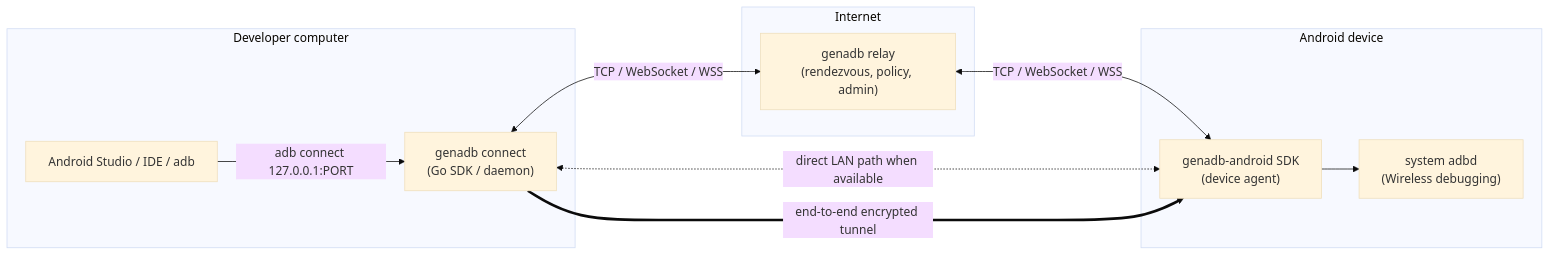
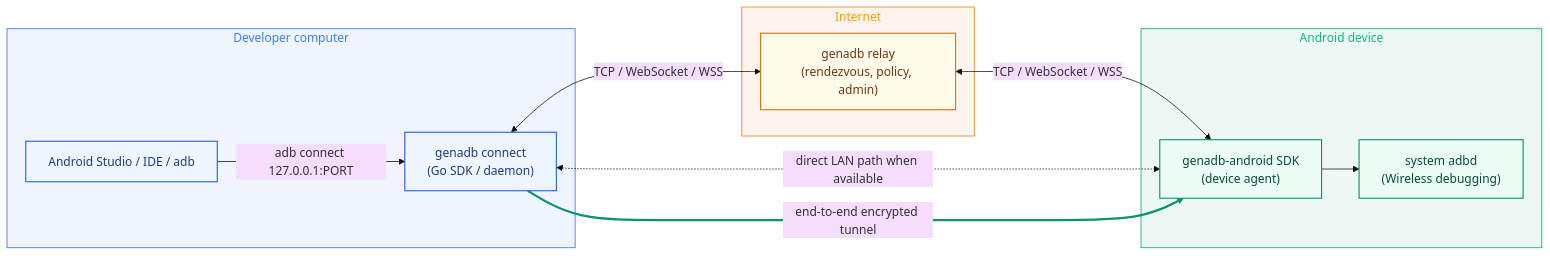
One commit to SumukhaK/New-GenADB changed the first of 3 diagrams in README.md. Above: the diagram before and after it, drawn with Mermaid (base theme). The commit also changed other lines of this file and 2 other files, not shown here.

First line of the commit message:
Add project logo, banner and badges; color the README diagrams (#9)

````diff
--- a/README.md
+++ b/README.md
@@ -34,16 +45,27 @@
 ```mermaid
 flowchart LR
     subgraph Dev["Developer computer"]
         IDE["Android Studio / IDE / adb"] -->|"adb connect 127.0.0.1:PORT"| CA["genadb connect<br/>(Go SDK / daemon)"]
     end
     subgraph Net["Internet"]
         R["genadb relay<br/>(rendezvous, policy, admin)"]
     end
     subgraph Phone["Android device"]
         DA["genadb-android SDK<br/>(device agent)"] --> ADBD["system adbd<br/>(Wireless debugging)"]
     end
     CA <-->|"TCP / WebSocket / WSS"| R
     R <-->|"TCP / WebSocket / WSS"| DA
     CA <-.->|"direct LAN path when available"| DA
     CA ==>|"end-to-end encrypted tunnel"| DA
+
+    classDef dev fill:#EFF6FF,stroke:#2563EB,stroke-width:1.5px,color:#1E3A8A
+    classDef relay fill:#FFFBEB,stroke:#D97706,stroke-width:1.5px,color:#78350F
+    classDef phone fill:#ECFDF5,stroke:#059669,stroke-width:1.5px,color:#064E3B
+    class IDE,CA dev
+    class R relay
+    class DA,ADBD phone
+    style Dev fill:#2563EB12,stroke:#2563EB,stroke-width:1px,color:#3B82F6
+    style Net fill:#D9770612,stroke:#D97706,stroke-width:1px,color:#F59E0B
+    style Phone fill:#05966912,stroke:#059669,stroke-width:1px,color:#10B981
+    linkStyle 5 stroke:#059669,stroke-width:3px
 ```
````
